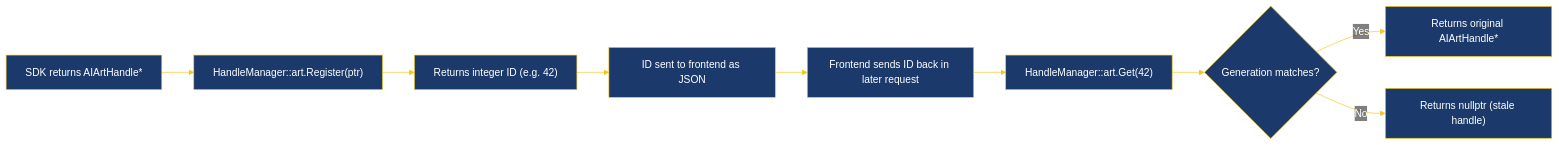
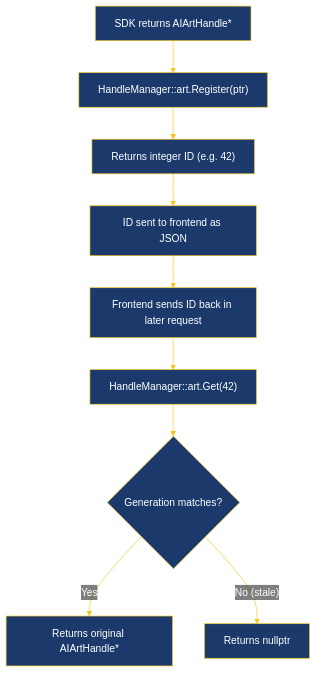
The second of 4 diagrams in docs/ARCHITECTURE.md (ByteBard97/nuxp), drawn with Mermaid before and after one commit.

Commit message:
docs: change handle diagram to vertical layout for readability

````diff
--- a/docs/ARCHITECTURE.md
+++ b/docs/ARCHITECTURE.md
@@ -118,22 +118,22 @@
 ```mermaid
 %%{init: {'theme': 'base', 'themeVariables': {
   'primaryColor': '#1B3A6B',
   'primaryTextColor': '#FFFFFF',
   'primaryBorderColor': '#F5C518',
   'lineColor': '#F5C518',
   'secondaryColor': '#C41E24',
   'secondaryTextColor': '#FFFFFF',
   'tertiaryColor': '#2A5298',
   'tertiaryTextColor': '#FFFFFF',
   'edgeLabelBackground': 'transparent'
 }}}%%
-flowchart LR
+flowchart TD
     A["SDK returns AIArtHandle*"] --> B["HandleManager::art.Register(ptr)"]
     B --> C["Returns integer ID (e.g. 42)"]
     C --> D["ID sent to frontend as JSON"]
     D --> E["Frontend sends ID back in later request"]
     E --> F["HandleManager::art.Get(42)"]
     F --> G{Generation matches?}
-    G -- Yes --> H["Returns original AIArtHandle*"]
-    G -- No --> I["Returns nullptr (stale handle)"]
+    G -- "Yes" --> H["Returns original AIArtHandle*"]
+    G -- "No (stale)" --> I["Returns nullptr"]
 ```
````
